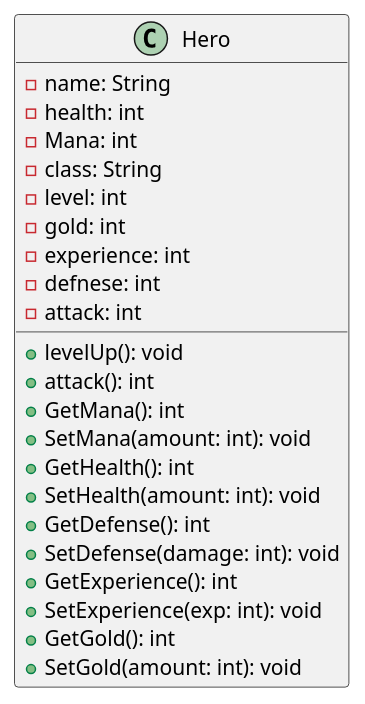
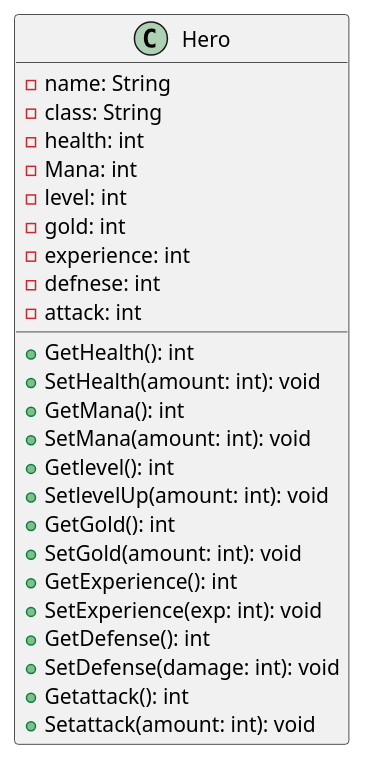
Before and after one commit to JosefG50/2203-Legends-of-Sword-and-Wand: the diagram in PlantUML/sequence.plantuml, drawn with PlantUML.

Commit message:
docs(uml): add getters and setters for all hero attributes

```diff
--- a/PlantUML/sequence.plantuml
+++ b/PlantUML/sequence.plantuml
@@ -1,38 +1,43 @@
 @startuml
 class Hero {
     - name: String
+    - class: String
     - health: int
     - Mana: int
-    - class: String
     - level: int
     - gold: int
     - experience: int
     - defnese: int
     - attack: int
-    + levelUp(): void 
-    + attack(): int
+    + GetHealth(): int
+    + SetHealth(amount: int): void
     + GetMana(): int
     + SetMana(amount: int): void
-    + GetHealth(): int
-    + SetHealth(amount: int): void
+    + Getlevel(): int
+    + SetlevelUp(amount: int): void
+    + GetGold(): int
+    + SetGold(amount: int): void 
+    + GetExperience(): int
+    + SetExperience(exp: int): void
     + GetDefense(): int
     + SetDefense(damage: int): void
-    + GetExperience(): int
-    + SetExperience(exp: int): void
-    + GetGold(): int
-    + SetGold(amount: int): void
+    + Getattack(): int
+    + Setattack(amount: int): void
+    
+    
+    
 }
 
 'Order' <|-- Hero : +5 Mana
 'Order' <|-- Hero : +2 Defense
 'Order' <|-- Hero : Heals/Shields
 'Chaos' <|-- Hero : +3 Attack
 'Chaos' <|-- Hero : +5 HP
 'Chaos' <|-- Hero : Fireball/Lightning
 'Warrior' <|-- Hero : +2 Attack
 'Warrior' <|-- Hero : +3 Defense
 'Warrior' <|-- Hero : Cleave/PHYSICAL
 'Mage' <|-- Hero : +5 Mana
 'Mage' <|-- Hero : +1 Attack
 'Mage' <|-- Hero : Mana Replenish
 @enduml
```
